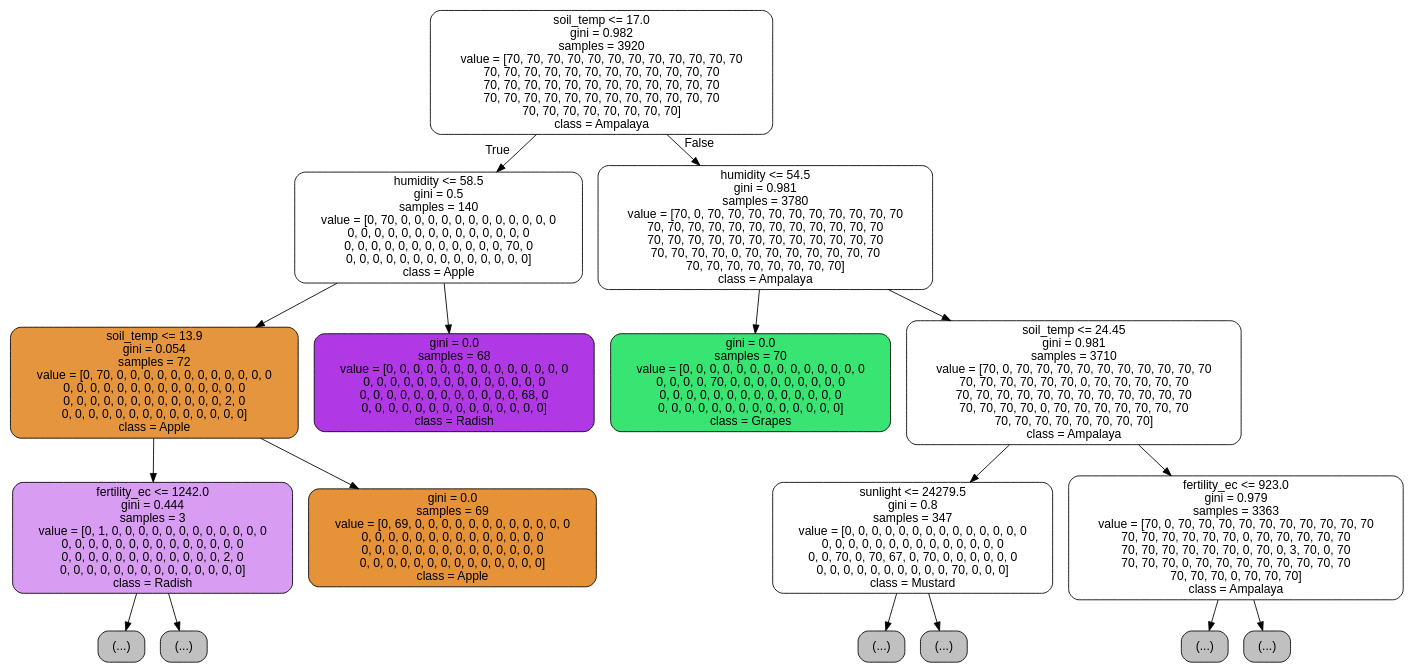
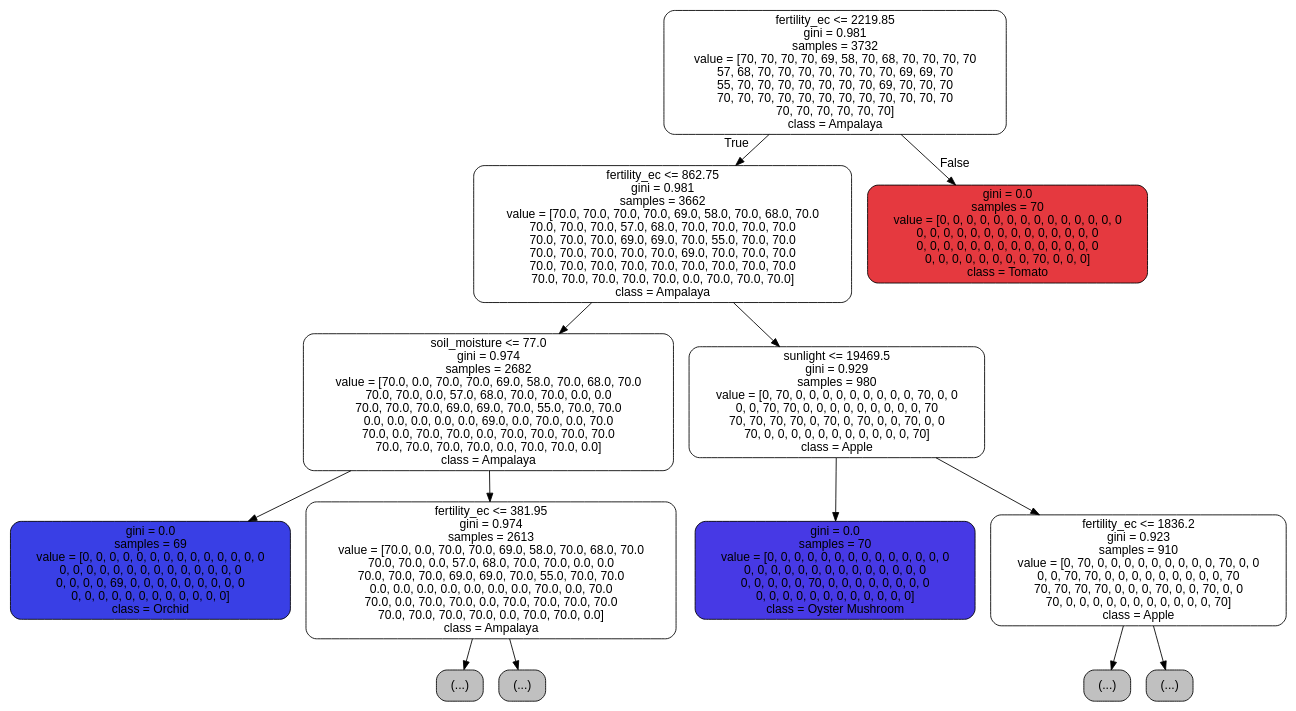
One commit to CyrusUmali/AiCROP changed the diagram in precomputation/decision_tree.dot. Above: the diagram before and after it, drawn with Graphviz. The commit also changed 24 other files, not shown here.

```diff
--- a/precomputation/decision_tree.dot
+++ b/precomputation/decision_tree.dot
@@ -1,37 +1,29 @@
 digraph Tree {
 node [shape=box, style="filled, rounded", color="black", fontname="helvetica"] ;
 edge [fontname="helvetica"] ;
-0 [label="soil_temp <= 17.0\ngini = 0.982\nsamples = 3920\nvalue = [70, 70, 70, 70, 70, 70, 70, 70, 70, 70, 70, 70\n70, 70, 70, 70, 70, 70, 70, 70, 70, 70, 70, 70\n70, 70, 70, 70, 70, 70, 70, 70, 70, 70, 70, 70\n70, 70, 70, 70, 70, 70, 70, 70, 70, 70, 70, 70\n70, 70, 70, 70, 70, 70, 70, 70]\nclass = Ampalaya", fillcolor="#ffffff"] ;
-1 [label="humidity <= 58.5\ngini = 0.5\nsamples = 140\nvalue = [0, 70, 0, 0, 0, 0, 0, 0, 0, 0, 0, 0, 0, 0\n0, 0, 0, 0, 0, 0, 0, 0, 0, 0, 0, 0, 0, 0\n0, 0, 0, 0, 0, 0, 0, 0, 0, 0, 0, 0, 70, 0\n0, 0, 0, 0, 0, 0, 0, 0, 0, 0, 0, 0, 0, 0]\nclass = Apple", fillcolor="#ffffff"] ;
+0 [label="fertility_ec <= 2219.85\ngini = 0.981\nsamples = 3732\nvalue = [70, 70, 70, 70, 69, 58, 70, 68, 70, 70, 70, 70\n57, 68, 70, 70, 70, 70, 70, 70, 70, 69, 69, 70\n55, 70, 70, 70, 70, 70, 70, 70, 69, 70, 70, 70\n70, 70, 70, 70, 70, 70, 70, 70, 70, 70, 70, 70\n70, 70, 70, 70, 70, 70]\nclass = Ampalaya", fillcolor="#ffffff"] ;
+1 [label="fertility_ec <= 862.75\ngini = 0.981\nsamples = 3662\nvalue = [70.0, 70.0, 70.0, 70.0, 69.0, 58.0, 70.0, 68.0, 70.0\n70.0, 70.0, 70.0, 57.0, 68.0, 70.0, 70.0, 70.0, 70.0\n70.0, 70.0, 70.0, 69.0, 69.0, 70.0, 55.0, 70.0, 70.0\n70.0, 70.0, 70.0, 70.0, 70.0, 69.0, 70.0, 70.0, 70.0\n70.0, 70.0, 70.0, 70.0, 70.0, 70.0, 70.0, 70.0, 70.0\n70.0, 70.0, 70.0, 70.0, 70.0, 0.0, 70.0, 70.0, 70.0]\nclass = Ampalaya", fillcolor="#ffffff"] ;
 0 -> 1 [labeldistance=2.5, labelangle=45, headlabel="True"] ;
-2 [label="soil_temp <= 13.9\ngini = 0.054\nsamples = 72\nvalue = [0, 70, 0, 0, 0, 0, 0, 0, 0, 0, 0, 0, 0, 0\n0, 0, 0, 0, 0, 0, 0, 0, 0, 0, 0, 0, 0, 0\n0, 0, 0, 0, 0, 0, 0, 0, 0, 0, 0, 0, 2, 0\n0, 0, 0, 0, 0, 0, 0, 0, 0, 0, 0, 0, 0, 0]\nclass = Apple", fillcolor="#e6953f"] ;
+2 [label="soil_moisture <= 77.0\ngini = 0.974\nsamples = 2682\nvalue = [70.0, 0.0, 70.0, 70.0, 69.0, 58.0, 70.0, 68.0, 70.0\n70.0, 70.0, 0.0, 57.0, 68.0, 70.0, 70.0, 0.0, 0.0\n70.0, 70.0, 70.0, 69.0, 69.0, 70.0, 55.0, 70.0, 70.0\n0.0, 0.0, 0.0, 0.0, 0.0, 69.0, 0.0, 70.0, 0.0, 70.0\n70.0, 0.0, 70.0, 70.0, 0.0, 70.0, 70.0, 70.0, 70.0\n70.0, 70.0, 70.0, 70.0, 0.0, 70.0, 70.0, 0.0]\nclass = Ampalaya", fillcolor="#ffffff"] ;
 1 -> 2 ;
-3 [label="fertility_ec <= 1242.0\ngini = 0.444\nsamples = 3\nvalue = [0, 1, 0, 0, 0, 0, 0, 0, 0, 0, 0, 0, 0, 0\n0, 0, 0, 0, 0, 0, 0, 0, 0, 0, 0, 0, 0, 0\n0, 0, 0, 0, 0, 0, 0, 0, 0, 0, 0, 0, 2, 0\n0, 0, 0, 0, 0, 0, 0, 0, 0, 0, 0, 0, 0, 0]\nclass = Radish", fillcolor="#d89cf2"] ;
+3 [label="gini = 0.0\nsamples = 69\nvalue = [0, 0, 0, 0, 0, 0, 0, 0, 0, 0, 0, 0, 0, 0\n0, 0, 0, 0, 0, 0, 0, 0, 0, 0, 0, 0, 0, 0\n0, 0, 0, 0, 69, 0, 0, 0, 0, 0, 0, 0, 0, 0\n0, 0, 0, 0, 0, 0, 0, 0, 0, 0, 0, 0]\nclass = Orchid", fillcolor="#393fe5"] ;
 2 -> 3 ;
-4 [label="(...)", fillcolor="#C0C0C0"] ;
-3 -> 4 ;
+4 [label="fertility_ec <= 381.95\ngini = 0.974\nsamples = 2613\nvalue = [70.0, 0.0, 70.0, 70.0, 69.0, 58.0, 70.0, 68.0, 70.0\n70.0, 70.0, 0.0, 57.0, 68.0, 70.0, 70.0, 0.0, 0.0\n70.0, 70.0, 70.0, 69.0, 69.0, 70.0, 55.0, 70.0, 70.0\n0.0, 0.0, 0.0, 0.0, 0.0, 0.0, 0.0, 70.0, 0.0, 70.0\n70.0, 0.0, 70.0, 70.0, 0.0, 70.0, 70.0, 70.0, 70.0\n70.0, 70.0, 70.0, 70.0, 0.0, 70.0, 70.0, 0.0]\nclass = Ampalaya", fillcolor="#ffffff"] ;
+2 -> 4 ;
 5 [label="(...)", fillcolor="#C0C0C0"] ;
-3 -> 5 ;
-6 [label="gini = 0.0\nsamples = 69\nvalue = [0, 69, 0, 0, 0, 0, 0, 0, 0, 0, 0, 0, 0, 0\n0, 0, 0, 0, 0, 0, 0, 0, 0, 0, 0, 0, 0, 0\n0, 0, 0, 0, 0, 0, 0, 0, 0, 0, 0, 0, 0, 0\n0, 0, 0, 0, 0, 0, 0, 0, 0, 0, 0, 0, 0, 0]\nclass = Apple", fillcolor="#e59239"] ;
-2 -> 6 ;
-7 [label="gini = 0.0\nsamples = 68\nvalue = [0, 0, 0, 0, 0, 0, 0, 0, 0, 0, 0, 0, 0, 0\n0, 0, 0, 0, 0, 0, 0, 0, 0, 0, 0, 0, 0, 0\n0, 0, 0, 0, 0, 0, 0, 0, 0, 0, 0, 0, 68, 0\n0, 0, 0, 0, 0, 0, 0, 0, 0, 0, 0, 0, 0, 0]\nclass = Radish", fillcolor="#b139e5"] ;
-1 -> 7 ;
-8 [label="humidity <= 54.5\ngini = 0.981\nsamples = 3780\nvalue = [70, 0, 70, 70, 70, 70, 70, 70, 70, 70, 70, 70\n70, 70, 70, 70, 70, 70, 70, 70, 70, 70, 70, 70\n70, 70, 70, 70, 70, 70, 70, 70, 70, 70, 70, 70\n70, 70, 70, 70, 0, 70, 70, 70, 70, 70, 70, 70\n70, 70, 70, 70, 70, 70, 70, 70]\nclass = Ampalaya", fillcolor="#ffffff"] ;
-0 -> 8 [labeldistance=2.5, labelangle=-45, headlabel="False"] ;
-9 [label="gini = 0.0\nsamples = 70\nvalue = [0, 0, 0, 0, 0, 0, 0, 0, 0, 0, 0, 0, 0, 0\n0, 0, 0, 0, 70, 0, 0, 0, 0, 0, 0, 0, 0, 0\n0, 0, 0, 0, 0, 0, 0, 0, 0, 0, 0, 0, 0, 0\n0, 0, 0, 0, 0, 0, 0, 0, 0, 0, 0, 0, 0, 0]\nclass = Grapes", fillcolor="#39e572"] ;
-8 -> 9 ;
-10 [label="soil_temp <= 24.45\ngini = 0.981\nsamples = 3710\nvalue = [70, 0, 70, 70, 70, 70, 70, 70, 70, 70, 70, 70\n70, 70, 70, 70, 70, 70, 0, 70, 70, 70, 70, 70\n70, 70, 70, 70, 70, 70, 70, 70, 70, 70, 70, 70\n70, 70, 70, 70, 0, 70, 70, 70, 70, 70, 70, 70\n70, 70, 70, 70, 70, 70, 70, 70]\nclass = Ampalaya", fillcolor="#ffffff"] ;
-8 -> 10 ;
-11 [label="sunlight <= 24279.5\ngini = 0.8\nsamples = 347\nvalue = [0, 0, 0, 0, 0, 0, 0, 0, 0, 0, 0, 0, 0, 0\n0, 0, 0, 0, 0, 0, 0, 0, 0, 0, 0, 0, 0, 0\n0, 0, 70, 0, 70, 67, 0, 70, 0, 0, 0, 0, 0, 0\n0, 0, 0, 0, 0, 0, 0, 0, 0, 0, 70, 0, 0, 0]\nclass = Mustard", fillcolor="#ffffff"] ;
-10 -> 11 ;
-12 [label="(...)", fillcolor="#C0C0C0"] ;
-11 -> 12 ;
-13 [label="(...)", fillcolor="#C0C0C0"] ;
-11 -> 13 ;
-28 [label="fertility_ec <= 923.0\ngini = 0.979\nsamples = 3363\nvalue = [70, 0, 70, 70, 70, 70, 70, 70, 70, 70, 70, 70\n70, 70, 70, 70, 70, 70, 0, 70, 70, 70, 70, 70\n70, 70, 70, 70, 70, 70, 0, 70, 0, 3, 70, 0, 70\n70, 70, 70, 0, 70, 70, 70, 70, 70, 70, 70, 70\n70, 70, 70, 0, 70, 70, 70]\nclass = Ampalaya", fillcolor="#ffffff"] ;
-10 -> 28 ;
-29 [label="(...)", fillcolor="#C0C0C0"] ;
-28 -> 29 ;
-1408 [label="(...)", fillcolor="#C0C0C0"] ;
-28 -> 1408 ;
+4 -> 5 ;
+8 [label="(...)", fillcolor="#C0C0C0"] ;
+4 -> 8 ;
+335 [label="sunlight <= 19469.5\ngini = 0.929\nsamples = 980\nvalue = [0, 70, 0, 0, 0, 0, 0, 0, 0, 0, 0, 70, 0, 0\n0, 0, 70, 70, 0, 0, 0, 0, 0, 0, 0, 0, 0, 70\n70, 70, 70, 70, 0, 70, 0, 70, 0, 0, 70, 0, 0\n70, 0, 0, 0, 0, 0, 0, 0, 0, 0, 0, 0, 70]\nclass = Apple", fillcolor="#ffffff"] ;
+1 -> 335 ;
+336 [label="gini = 0.0\nsamples = 70\nvalue = [0, 0, 0, 0, 0, 0, 0, 0, 0, 0, 0, 0, 0, 0\n0, 0, 0, 0, 0, 0, 0, 0, 0, 0, 0, 0, 0, 0\n0, 0, 0, 0, 0, 70, 0, 0, 0, 0, 0, 0, 0, 0\n0, 0, 0, 0, 0, 0, 0, 0, 0, 0, 0, 0]\nclass = Oyster Mushroom", fillcolor="#4739e5"] ;
+335 -> 336 ;
+337 [label="fertility_ec <= 1836.2\ngini = 0.923\nsamples = 910\nvalue = [0, 70, 0, 0, 0, 0, 0, 0, 0, 0, 0, 70, 0, 0\n0, 0, 70, 70, 0, 0, 0, 0, 0, 0, 0, 0, 0, 70\n70, 70, 70, 70, 0, 0, 0, 70, 0, 0, 70, 0, 0\n70, 0, 0, 0, 0, 0, 0, 0, 0, 0, 0, 0, 70]\nclass = Apple", fillcolor="#ffffff"] ;
+335 -> 337 ;
+338 [label="(...)", fillcolor="#C0C0C0"] ;
+337 -> 338 ;
+423 [label="(...)", fillcolor="#C0C0C0"] ;
+337 -> 423 ;
+428 [label="gini = 0.0\nsamples = 70\nvalue = [0, 0, 0, 0, 0, 0, 0, 0, 0, 0, 0, 0, 0, 0\n0, 0, 0, 0, 0, 0, 0, 0, 0, 0, 0, 0, 0, 0\n0, 0, 0, 0, 0, 0, 0, 0, 0, 0, 0, 0, 0, 0\n0, 0, 0, 0, 0, 0, 0, 0, 70, 0, 0, 0]\nclass = Tomato", fillcolor="#e5393f"] ;
+0 -> 428 [labeldistance=2.5, labelangle=-45, headlabel="False"] ;
 }
```
